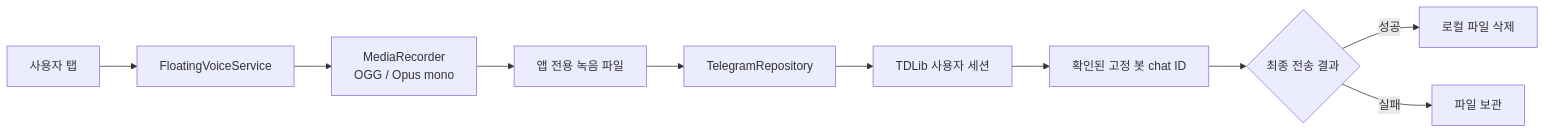
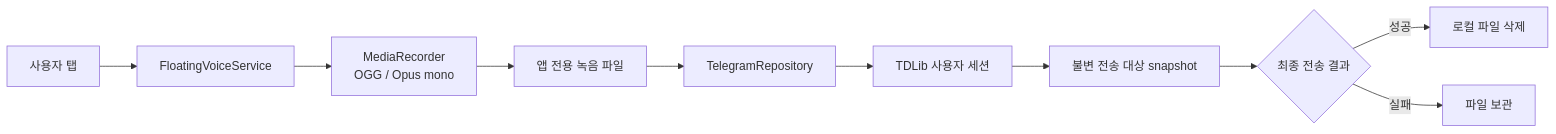
Before and after one commit to namseokyoo/floating-voice-android: the diagram in README.md, drawn with Mermaid. The commit also changed other lines of this file and 11 other files, not shown here.

````diff
--- a/README.md
+++ b/README.md
@@ -173,12 +174,12 @@
 ```mermaid
 flowchart LR
     U[사용자 탭] --> O[FloatingVoiceService]
     O --> R[MediaRecorder\nOGG / Opus mono]
     R --> F[앱 전용 녹음 파일]
     F --> T[TelegramRepository]
     T --> D[TDLib 사용자 세션]
-    D --> C[확인된 고정 봇 chat ID]
+    D --> C[불변 전송 대상 snapshot]
     C --> S{최종 전송 결과}
     S -->|성공| X[로컬 파일 삭제]
     S -->|실패| K[파일 보관]
 ```
````
